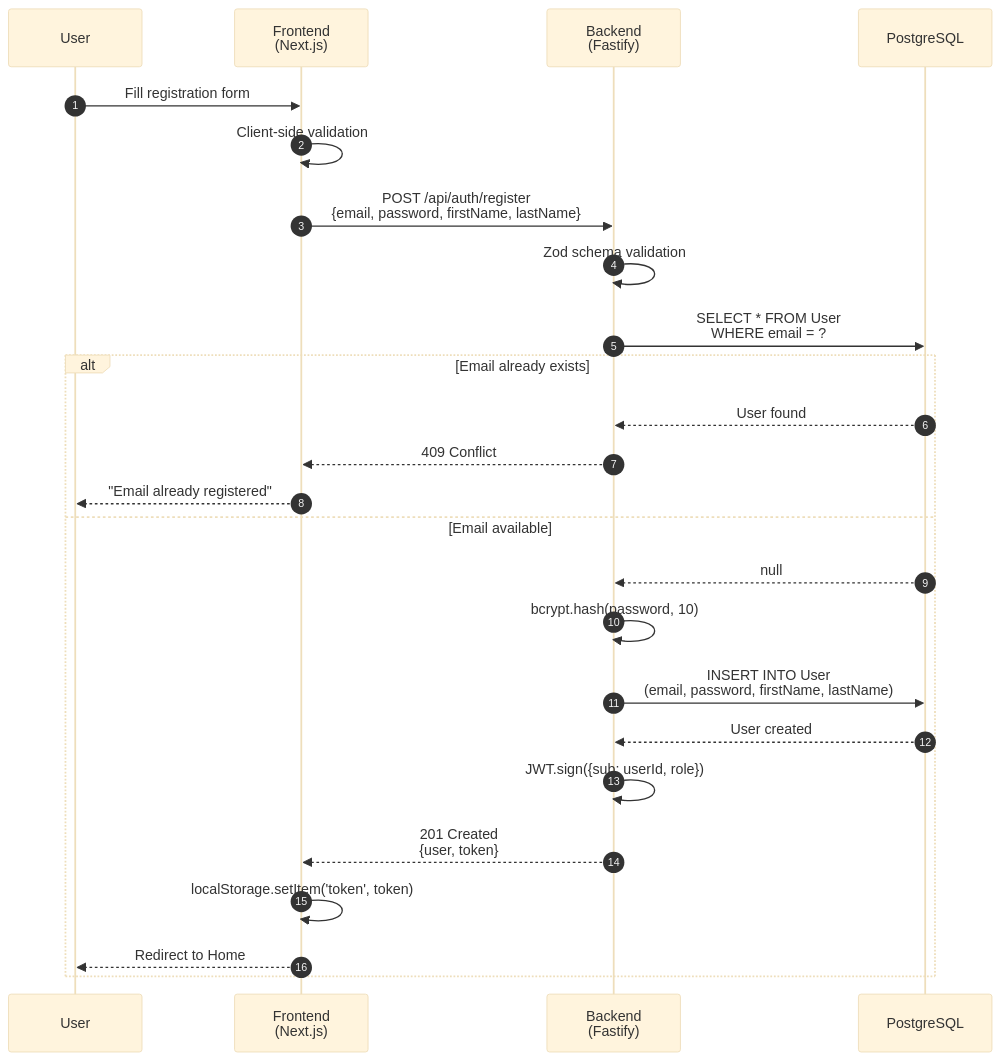
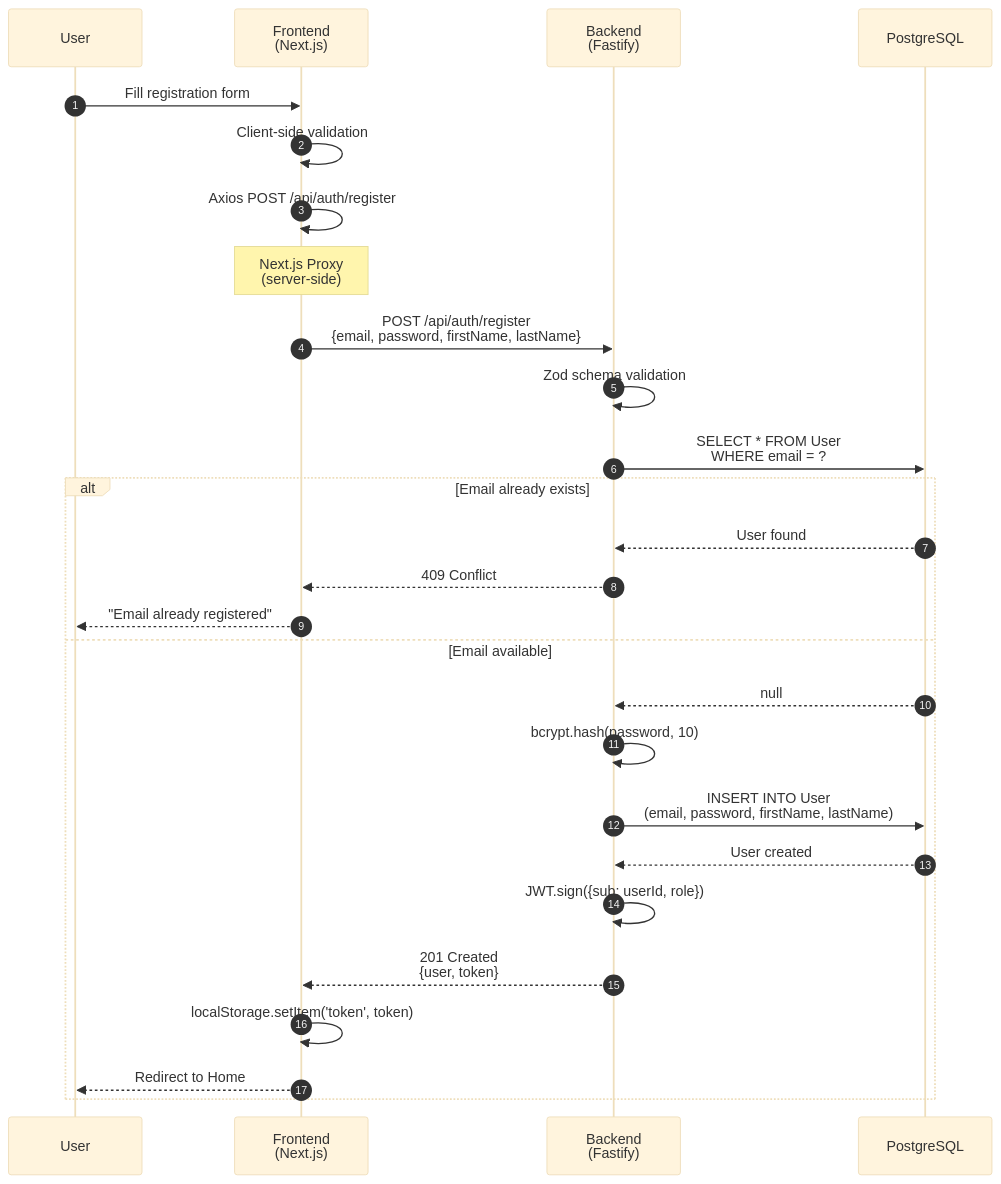
Before and after one commit to lorenzogirardi/ai-ecom-demo: the second of 10 diagrams in ecommerce-demo/slides/SEQUENCE_DIAGRAMS_eng.md, drawn with Mermaid (base theme). The commit also changed other lines of this file and 1 other file, not shown here.

First line of the commit message:
docs: update sequence diagrams with Next.js proxy pattern

````diff
--- a/ecommerce-demo/slides/SEQUENCE_DIAGRAMS_eng.md
+++ b/ecommerce-demo/slides/SEQUENCE_DIAGRAMS_eng.md
@@ -40,28 +42,30 @@
 ```mermaid
 sequenceDiagram
     autonumber
     participant U as User
     participant FE as Frontend<br/>(Next.js)
     participant BE as Backend<br/>(Fastify)
     participant DB as PostgreSQL
 
     U->>FE: Fill registration form
     FE->>FE: Client-side validation
+    FE->>FE: Axios POST /api/auth/register
+    Note over FE: Next.js Proxy<br/>(server-side)
     FE->>BE: POST /api/auth/register<br/>{email, password, firstName, lastName}
     BE->>BE: Zod schema validation
     BE->>DB: SELECT * FROM User<br/>WHERE email = ?
     alt Email already exists
         DB-->>BE: User found
         BE-->>FE: 409 Conflict
         FE-->>U: "Email already registered"
     else Email available
         DB-->>BE: null
         BE->>BE: bcrypt.hash(password, 10)
         BE->>DB: INSERT INTO User<br/>(email, password, firstName, lastName)
         DB-->>BE: User created
         BE->>BE: JWT.sign({sub: userId, role})
         BE-->>FE: 201 Created<br/>{user, token}
         FE->>FE: localStorage.setItem('token', token)
         FE-->>U: Redirect to Home
     end
 ```
````
